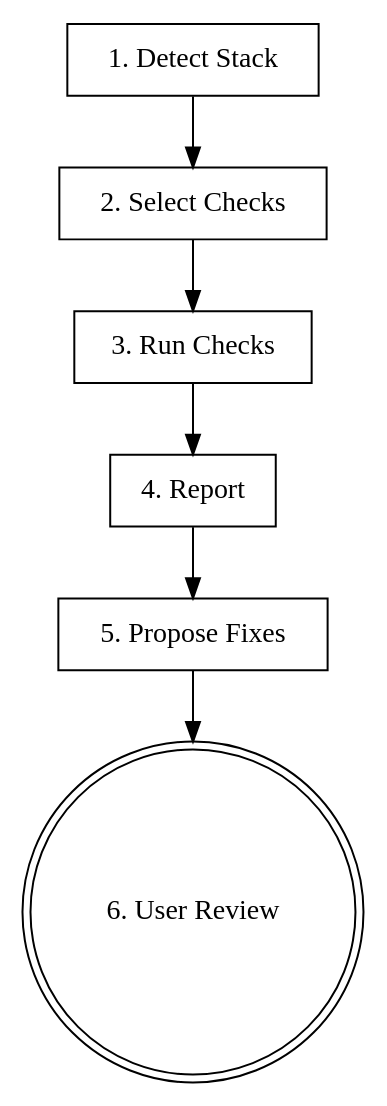
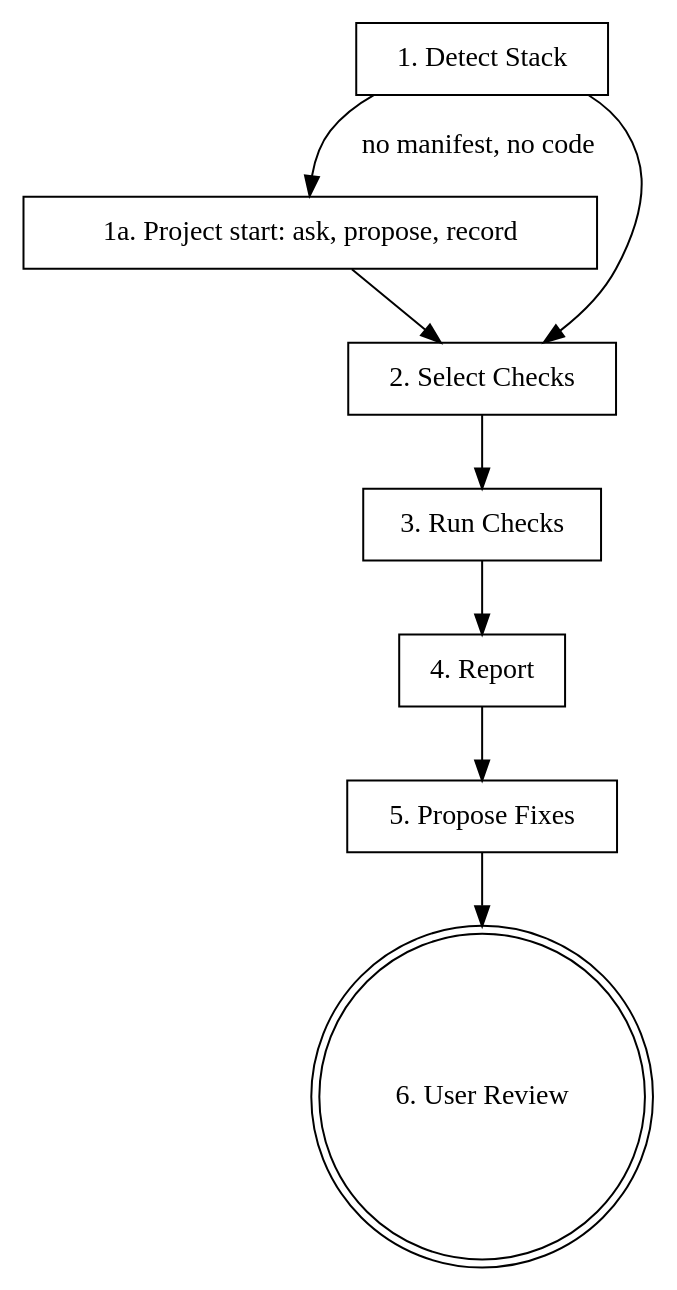
The diagram in plugins/repo-setup/skills/codebase-doctor/SKILL.md (shibamasa-dev/claude-code-plugins), drawn with Graphviz before and after one commit. The commit also changed other lines of this file and 5 other files, not shown here.

First line of the commit message:
feat(repo-setup): codebase-doctor asks, proposes a stack and records a Decided setup section at project start

````diff
--- a/plugins/repo-setup/skills/codebase-doctor/SKILL.md
+++ b/plugins/repo-setup/skills/codebase-doctor/SKILL.md
@@ -14,13 +14,16 @@
 ```dot
 digraph doctor {
   rankdir=TB;
   detect [label="1. Detect Stack" shape=box];
+  start [label="1a. Project start: ask, propose, record" shape=box];
   select [label="2. Select Checks" shape=box];
   run [label="3. Run Checks" shape=box];
   report [label="4. Report" shape=box];
   propose [label="5. Propose Fixes" shape=box];
   review [label="6. User Review" shape=doublecircle];
 
   detect -> select -> run -> report -> propose -> review;
+  detect -> start [label="no manifest, no code"];
+  start -> select;
 }
 ```
````
